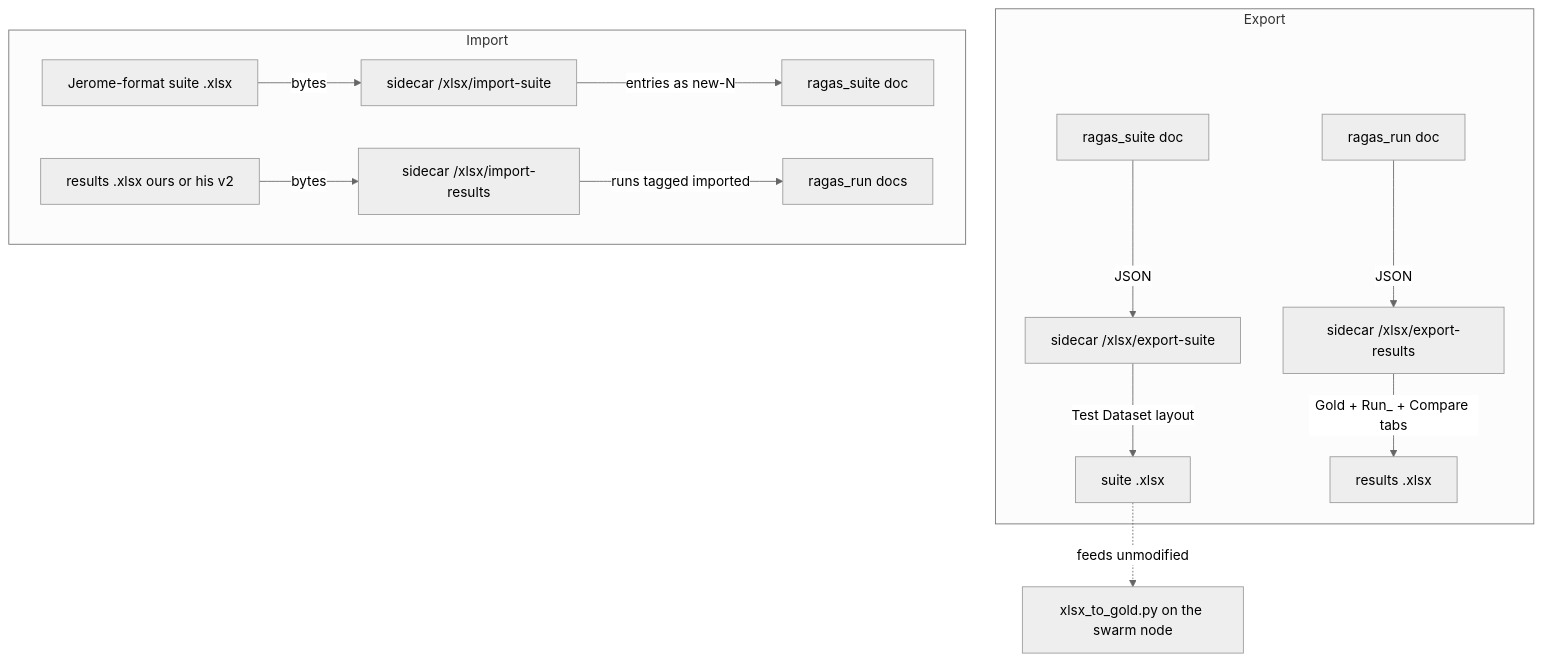
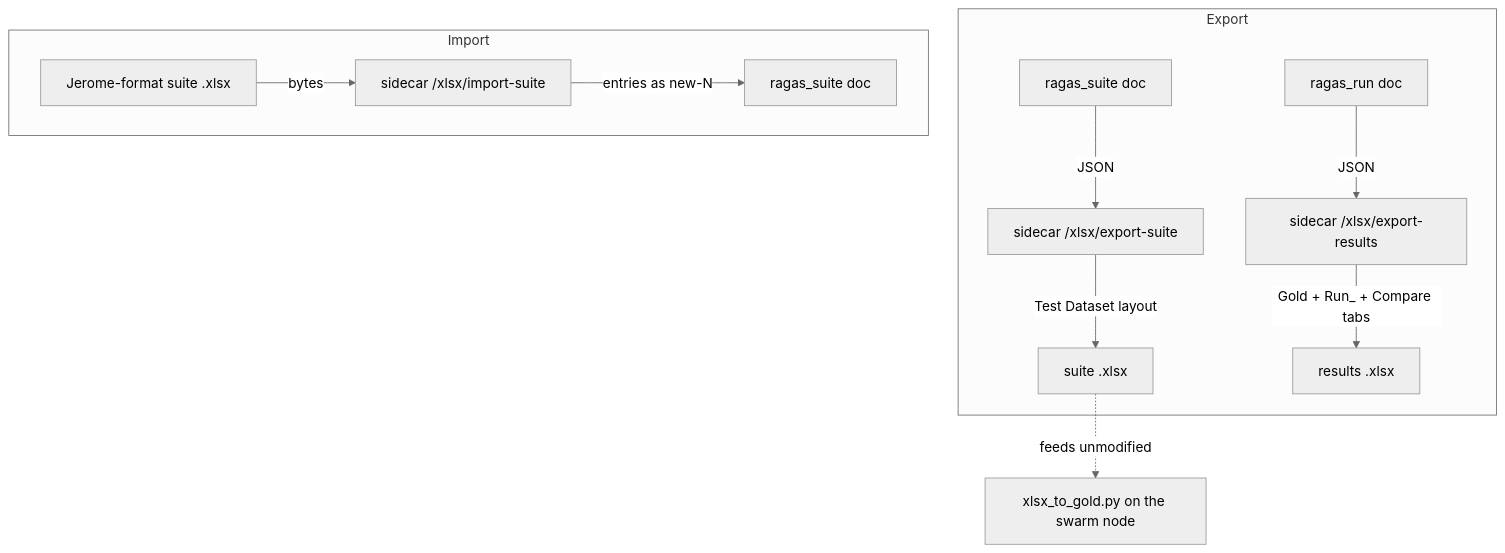
One commit to jrevillard/genie-ai-replica changed the fourth of 5 diagrams in _bmad-output/specs/spec-okf-ragas-benchmarking/architecture-diagrams.md. Above: the diagram before and after it, drawn with Mermaid (neutral theme). The commit also changed other lines of this file and 7 other files, not shown here.

Commit message:
docs(bmad): 8-6 open questions resolved — mandatory Lab charts, full metric catalog, size 20, no results import

````diff
--- a/_bmad-output/specs/spec-okf-ragas-benchmarking/architecture-diagrams.md
+++ b/_bmad-output/specs/spec-okf-ragas-benchmarking/architecture-diagrams.md
@@ -81,16 +81,14 @@
 ```mermaid
 flowchart TB
   subgraph Export
     S[ragas_suite doc] -->|JSON| X1[sidecar /xlsx/export-suite]
     X1 -->|Test Dataset layout| F1[ suite .xlsx ]
     R[ragas_run doc] -->|JSON| X2[sidecar /xlsx/export-results]
     X2 -->|Gold + Run_ + Compare tabs| F2[ results .xlsx ]
   end
   subgraph Import
     F3[Jerome-format suite .xlsx] -->|bytes| X3[sidecar /xlsx/import-suite]
     X3 -->|entries as new-N| S2[ragas_suite doc]
-    F4[results .xlsx ours or his v2] -->|bytes| X4[sidecar /xlsx/import-results]
-    X4 -->|runs tagged imported| R2[ragas_run docs]
   end
   F1 -. feeds unmodified .-> JT[xlsx_to_gold.py on the swarm node]
 ```
````
